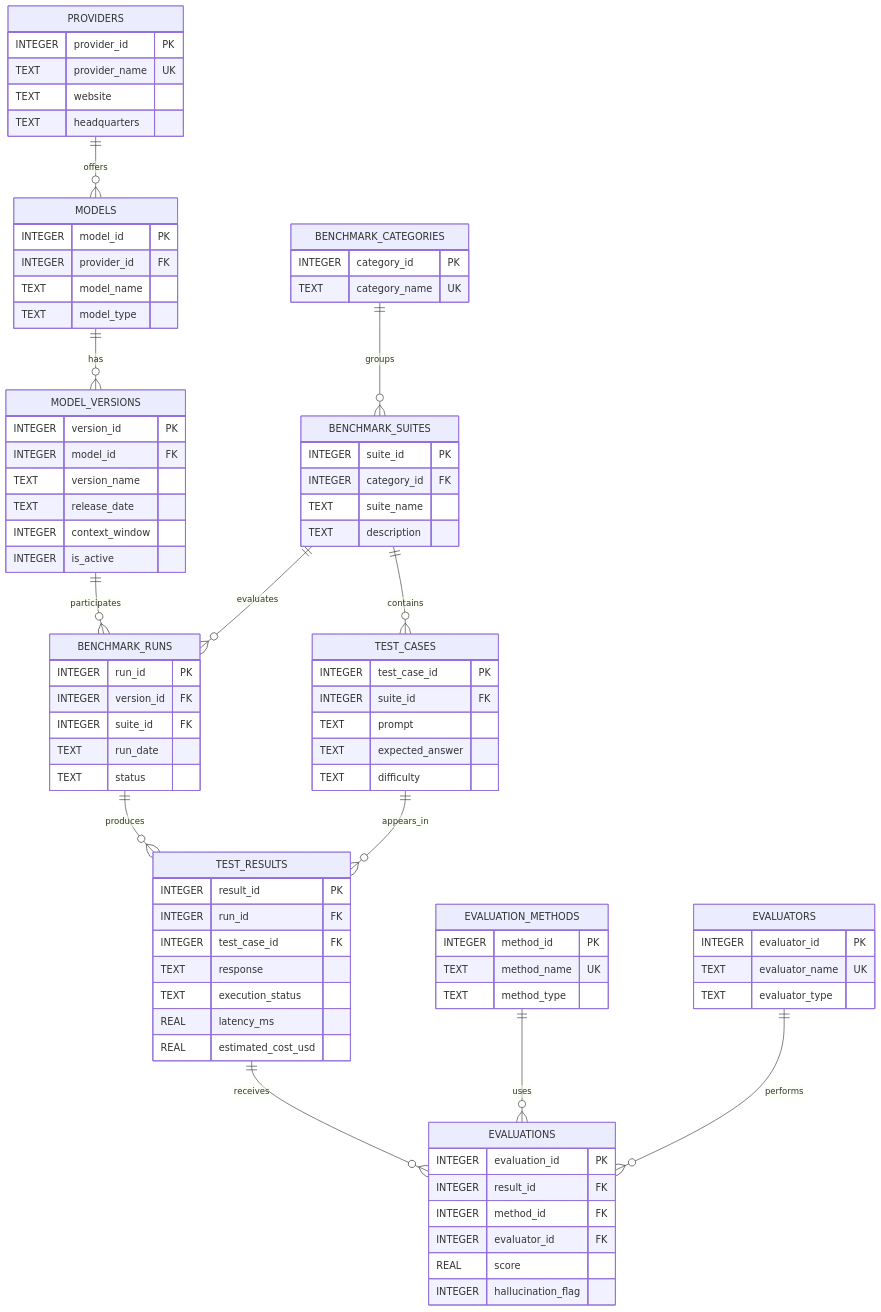
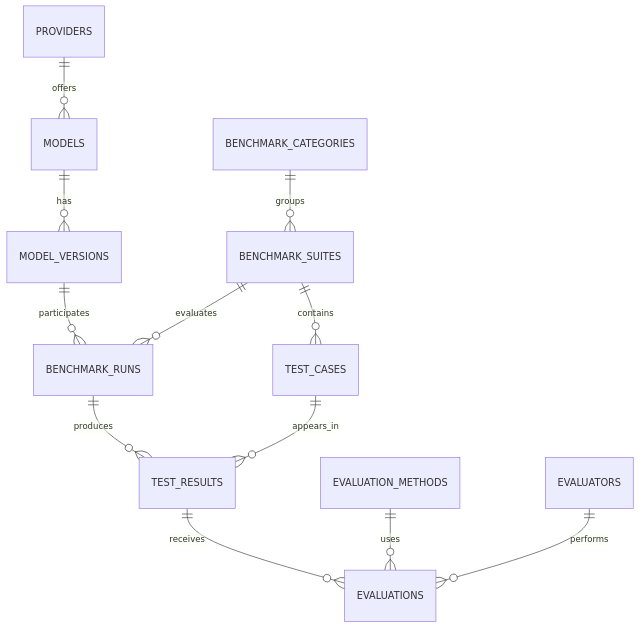
The diagram in DESIGN.md (SamaCodes17/ModelBench), drawn with Mermaid before and after one commit. The commit also changed other lines of this file and 3 other files, not shown here.

````diff
--- a/DESIGN.md
+++ b/DESIGN.md
@@ -58,76 +56,4 @@
     TEST_RESULTS ||--o{ EVALUATIONS : receives
     EVALUATION_METHODS ||--o{ EVALUATIONS : uses
     EVALUATORS ||--o{ EVALUATIONS : performs
-
-    PROVIDERS {
-        INTEGER provider_id PK
-        TEXT provider_name UK
-        TEXT website
-        TEXT headquarters
-    }
-    MODELS {
-        INTEGER model_id PK
-        INTEGER provider_id FK
-        TEXT model_name
-        TEXT model_type
-    }
-    MODEL_VERSIONS {
-        INTEGER version_id PK
-        INTEGER model_id FK
-        TEXT version_name
-        TEXT release_date
-        INTEGER context_window
-        INTEGER is_active
-    }
-    BENCHMARK_CATEGORIES {
-        INTEGER category_id PK
-        TEXT category_name UK
-    }
-    BENCHMARK_SUITES {
-        INTEGER suite_id PK
-        INTEGER category_id FK
-        TEXT suite_name
-        TEXT description
-    }
-    TEST_CASES {
-        INTEGER test_case_id PK
-        INTEGER suite_id FK
-        TEXT prompt
-        TEXT expected_answer
-        TEXT difficulty
-    }
-    BENCHMARK_RUNS {
-        INTEGER run_id PK
-        INTEGER version_id FK
-        INTEGER suite_id FK
-        TEXT run_date
-        TEXT status
-    }
-    TEST_RESULTS {
-        INTEGER result_id PK
-        INTEGER run_id FK
-        INTEGER test_case_id FK
-        TEXT response
-        TEXT execution_status
-        REAL latency_ms
-        REAL estimated_cost_usd
-    }
-    EVALUATION_METHODS {
-        INTEGER method_id PK
-        TEXT method_name UK
-        TEXT method_type
-    }
-    EVALUATORS {
-        INTEGER evaluator_id PK
-        TEXT evaluator_name UK
-        TEXT evaluator_type
-    }
-    EVALUATIONS {
-        INTEGER evaluation_id PK
-        INTEGER result_id FK
-        INTEGER method_id FK
-        INTEGER evaluator_id FK
-        REAL score
-        INTEGER hallucination_flag
-    }
 ```
````
